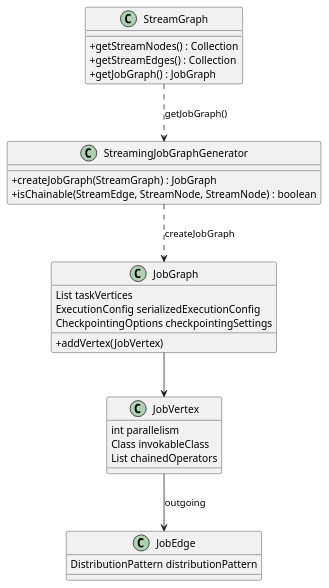
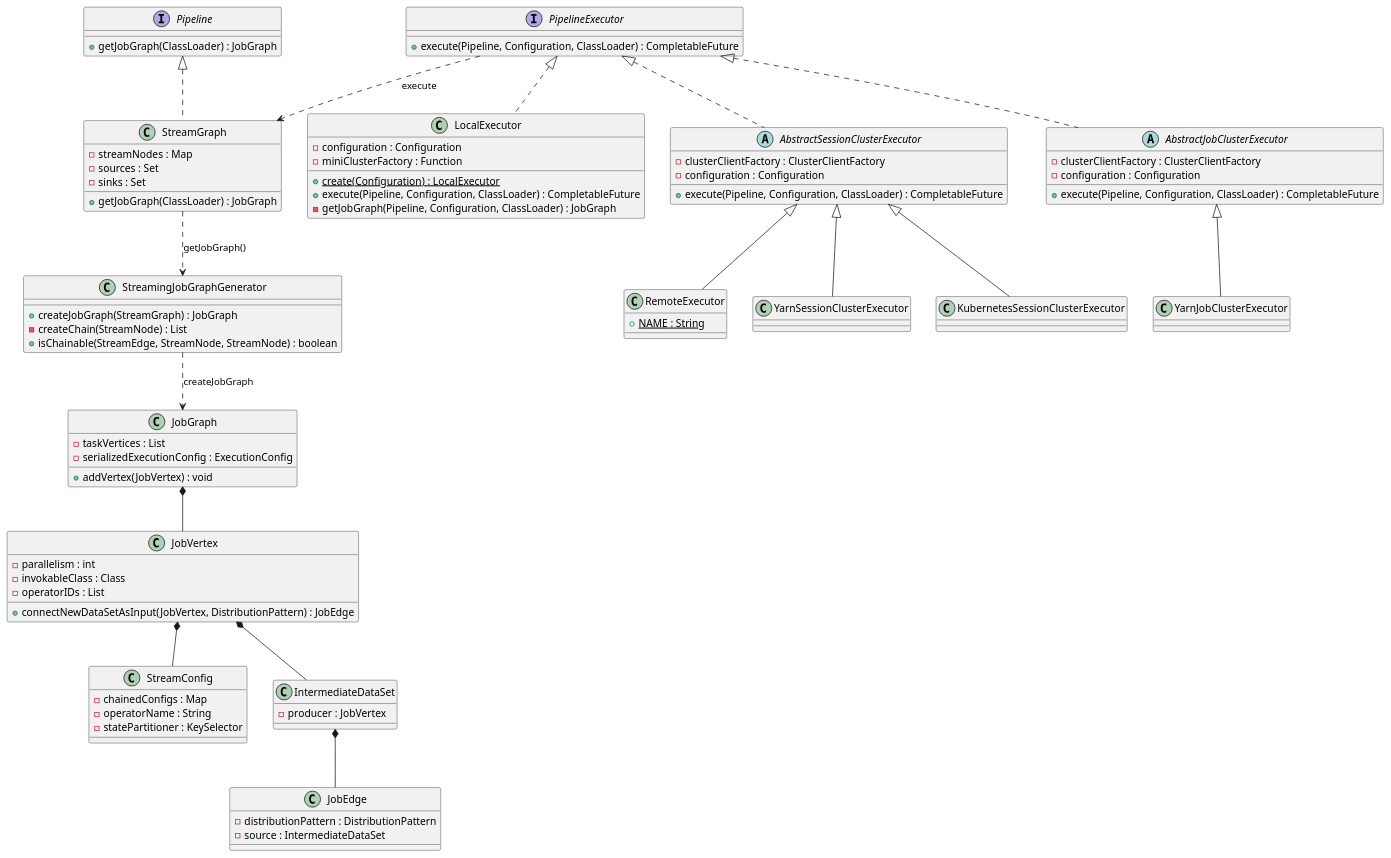
The third of 6 diagrams in content/post/data/stream/flink/index.md (kevinwang930/kevinwang930.github.io), drawn with PlantUML before and after one commit. The commit also changed other lines of this file, not shown here.

````diff
--- a/content/post/data/stream/flink/index.md
+++ b/content/post/data/stream/flink/index.md
@@ -315,38 +431,102 @@
 ```plantuml
 @startuml
-skinparam classAttributeIconSize 0
+
+interface Pipeline {
+  + getJobGraph(ClassLoader) : JobGraph
+}
 
 class StreamGraph {
-  + getStreamNodes() : Collection
-  + getStreamEdges() : Collection
-  + getJobGraph() : JobGraph
+  - streamNodes : Map
+  - sources : Set
+  - sinks : Set
+  + getJobGraph(ClassLoader) : JobGraph
 }
+
+interface PipelineExecutor {
+  + execute(Pipeline, Configuration, ClassLoader) : CompletableFuture
+}
+
+class LocalExecutor {
+  - configuration : Configuration
+  - miniClusterFactory : Function
+  + {static} create(Configuration) : LocalExecutor
+  + execute(Pipeline, Configuration, ClassLoader) : CompletableFuture
+  - getJobGraph(Pipeline, Configuration, ClassLoader) : JobGraph
+}
+
+abstract class AbstractSessionClusterExecutor {
+  - clusterClientFactory : ClusterClientFactory
+  - configuration : Configuration
+  + execute(Pipeline, Configuration, ClassLoader) : CompletableFuture
+}
+
+class RemoteExecutor {
+  + {static} NAME : String
+}
+
+class YarnSessionClusterExecutor
+class KubernetesSessionClusterExecutor
+
+abstract class AbstractJobClusterExecutor {
+  - clusterClientFactory : ClusterClientFactory
+  - configuration : Configuration
+  + execute(Pipeline, Configuration, ClassLoader) : CompletableFuture
+}
+
+class YarnJobClusterExecutor
 
 class StreamingJobGraphGenerator {
   + createJobGraph(StreamGraph) : JobGraph
+  - createChain(StreamNode) : List
   + isChainable(StreamEdge, StreamNode, StreamNode) : boolean
 }
 
 class JobGraph {
-  List taskVertices
-  ExecutionConfig serializedExecutionConfig
-  CheckpointingOptions checkpointingSettings
-  + addVertex(JobVertex)
+  - taskVertices : List
+  - serializedExecutionConfig : ExecutionConfig
+  + addVertex(JobVertex) : void
 }
 
 class JobVertex {
-  int parallelism
-  Class invokableClass
-  List chainedOperators
+  - parallelism : int
+  - invokableClass : Class
+  - operatorIDs : List
+  + connectNewDataSetAsInput(JobVertex, DistributionPattern) : JobEdge
+}
+
+class StreamConfig {
+  - chainedConfigs : Map
+  - operatorName : String
+  - statePartitioner : KeySelector
+}
+
+class IntermediateDataSet {
+  - producer : JobVertex
 }
 
 class JobEdge {
-  DistributionPattern distributionPattern
+  - distributionPattern : DistributionPattern
+  - source : IntermediateDataSet
 }
 
+Pipeline <|.. StreamGraph
+
+PipelineExecutor <|.. LocalExecutor
+PipelineExecutor <|.. AbstractSessionClusterExecutor
+PipelineExecutor <|.. AbstractJobClusterExecutor
+
+AbstractSessionClusterExecutor <|-- RemoteExecutor
+AbstractSessionClusterExecutor <|-- YarnSessionClusterExecutor
+AbstractSessionClusterExecutor <|-- KubernetesSessionClusterExecutor
+
+AbstractJobClusterExecutor <|-- YarnJobClusterExecutor
+
+PipelineExecutor ..> StreamGraph : execute
 StreamGraph ..> StreamingJobGraphGenerator : getJobGraph()
 StreamingJobGraphGenerator ..> JobGraph : createJobGraph
-JobGraph --> JobVertex
-JobVertex --> JobEdge : outgoing
+JobGraph *-- JobVertex
+JobVertex *-- StreamConfig
+JobVertex *-- IntermediateDataSet
+IntermediateDataSet *-- JobEdge
 @enduml
 ```
````
